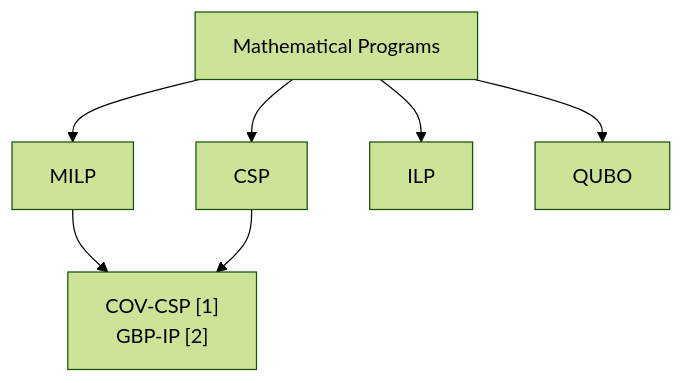
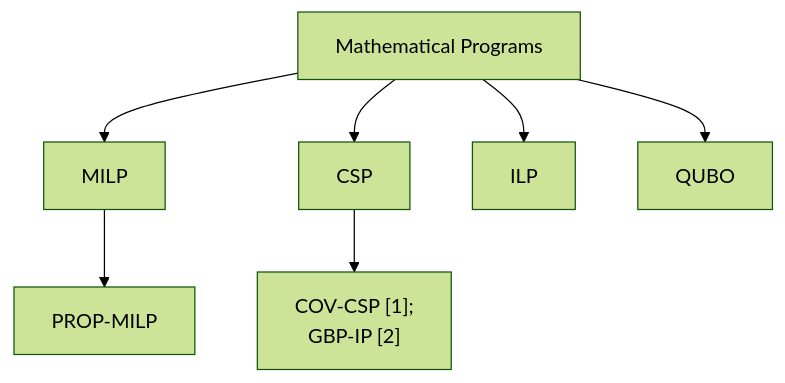
One commit to NodesOnFire/GBP-MPs changed the diagram in README.md. Above: the diagram before and after it, drawn with Mermaid (forest theme).

````diff
--- a/README.md
+++ b/README.md
@@ -4,10 +4,10 @@
 ```mermaid
 graph TD;
     MP["Mathematical Programs"] --> MILP;
     MP["Mathematical Programs"] --> CSP;
     MP["Mathematical Programs"] --> ILP;
     MP["Mathematical Programs"] --> QUBO;
     MILP --> a["PROP-MILP"];
-    CSP --> a["COV-CSP [1]
+    CSP --> b["COV-CSP [1];
                GBP-IP [2]"];
 ```
````
